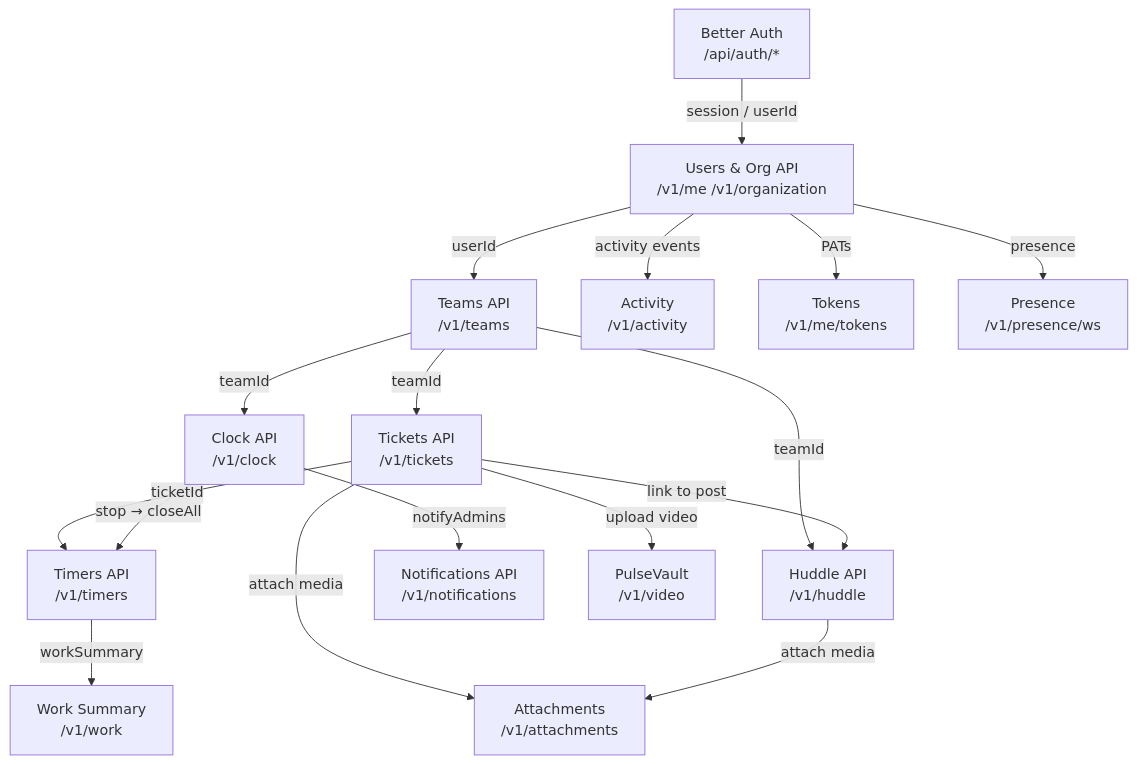
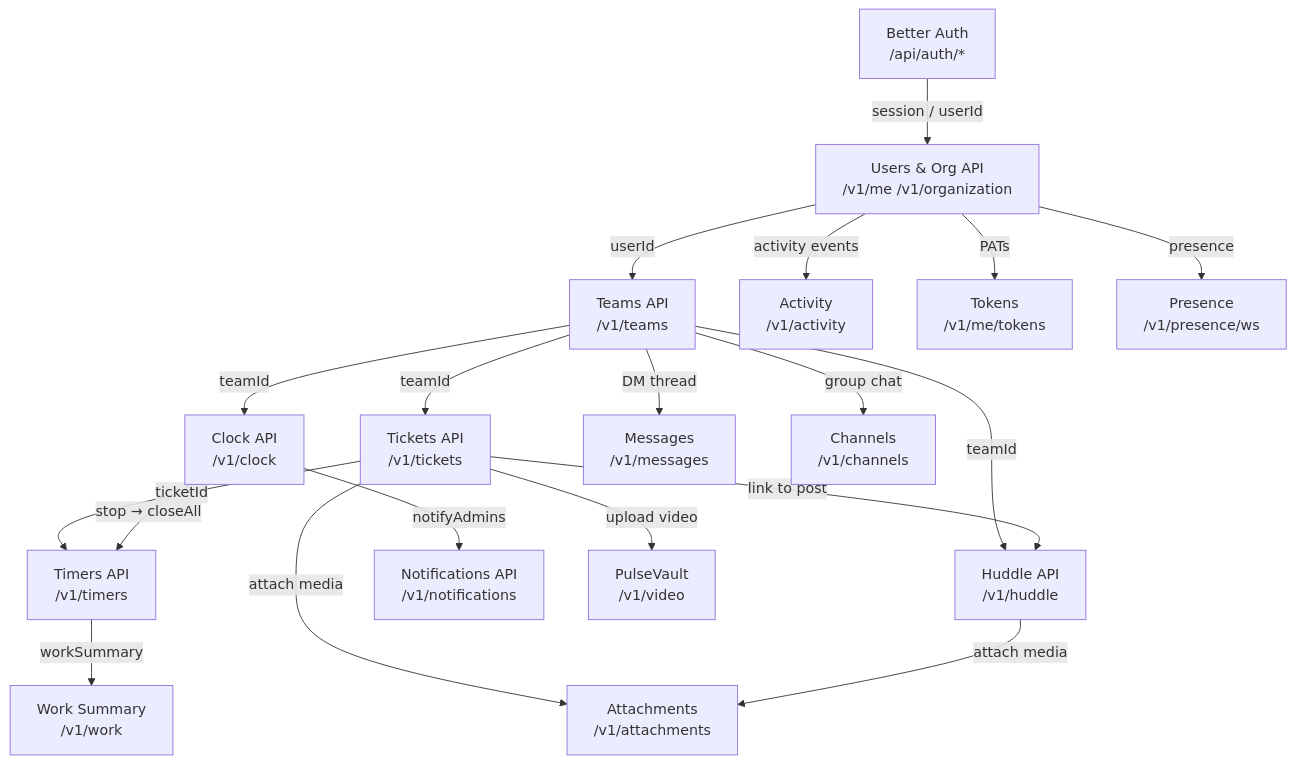
The sixth of 6 diagrams in database.md (mieweb/timehuddle), drawn with Mermaid before and after one commit. The commit also changed other lines of this file and 36 other files, not shown here.

````diff
--- a/database.md
+++ b/database.md
@@ -513,19 +554,21 @@
 ```mermaid
 flowchart TD
     Auth["Better Auth\n/api/auth/*"] -->|session / userId| UserAPI["Users & Org API\n/v1/me  /v1/organization"]
     UserAPI -->|userId| TeamAPI["Teams API\n/v1/teams"]
     TeamAPI -->|teamId| TicketAPI["Tickets API\n/v1/tickets"]
     TeamAPI -->|teamId| ClockAPI["Clock API\n/v1/clock"]
     TeamAPI -->|teamId| HuddleAPI["Huddle API\n/v1/huddle"]
     TicketAPI -->|ticketId| TimerAPI["Timers API\n/v1/timers"]
     TicketAPI -->|link to post| HuddleAPI
     ClockAPI -->|stop → closeAll| TimerAPI
     ClockAPI -->|notifyAdmins| NotifAPI["Notifications API\n/v1/notifications"]
     TimerAPI -->|workSummary| WorkAPI["Work Summary\n/v1/work"]
     TicketAPI -->|attach media| AttachAPI["Attachments\n/v1/attachments"]
     TicketAPI -->|upload video| PulseAPI["PulseVault\n/v1/video"]
     HuddleAPI -->|attach media| AttachAPI
+    TeamAPI -->|DM thread| MsgAPI["Messages\n/v1/messages"]
+    TeamAPI -->|group chat| ChanAPI["Channels\n/v1/channels"]
     UserAPI -->|activity events| ActivityAPI["Activity\n/v1/activity"]
     UserAPI -->|PATs| TokenAPI["Tokens\n/v1/me/tokens"]
     UserAPI -->|presence| PresenceAPI["Presence\n/v1/presence/ws"]
 ```
````
